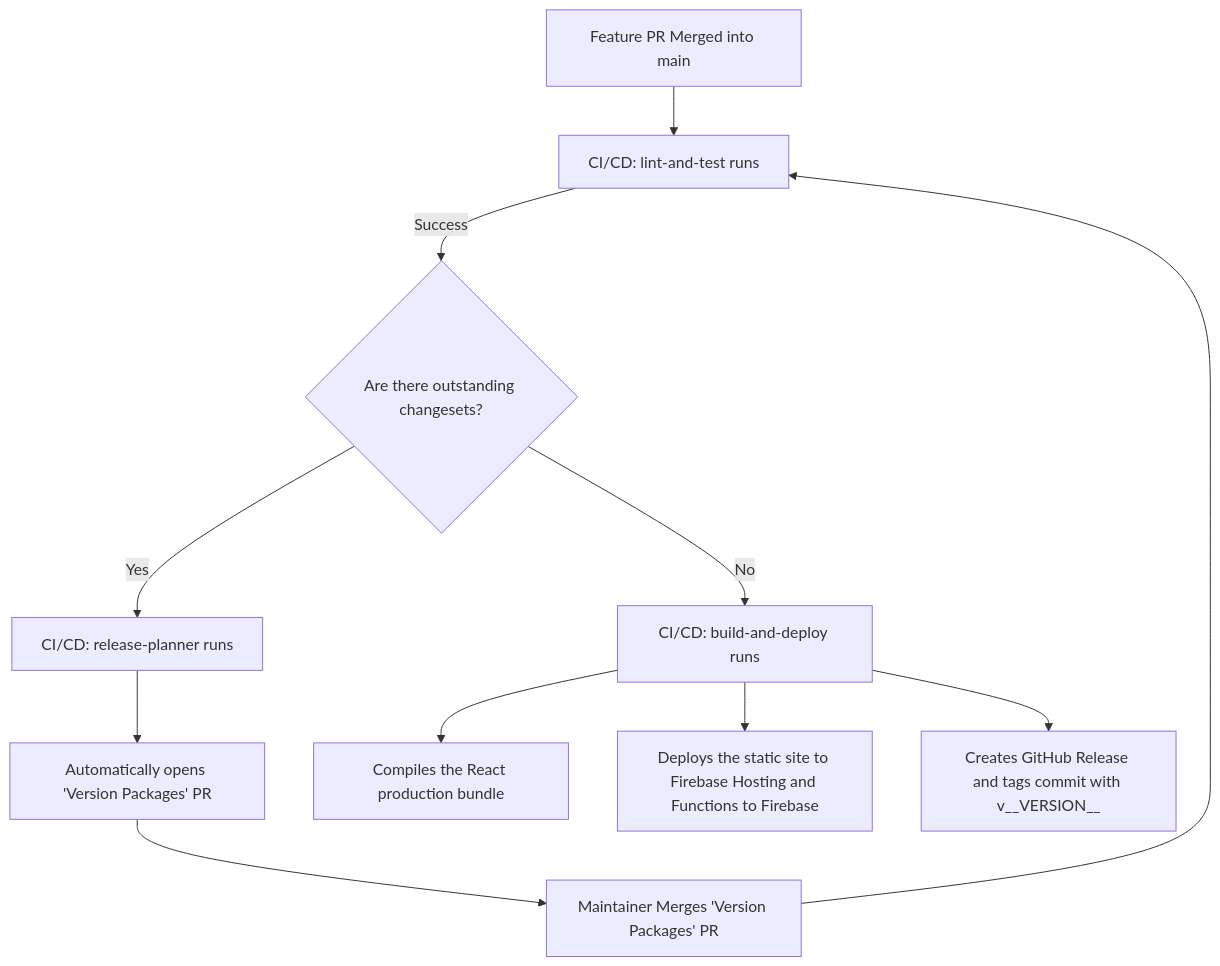
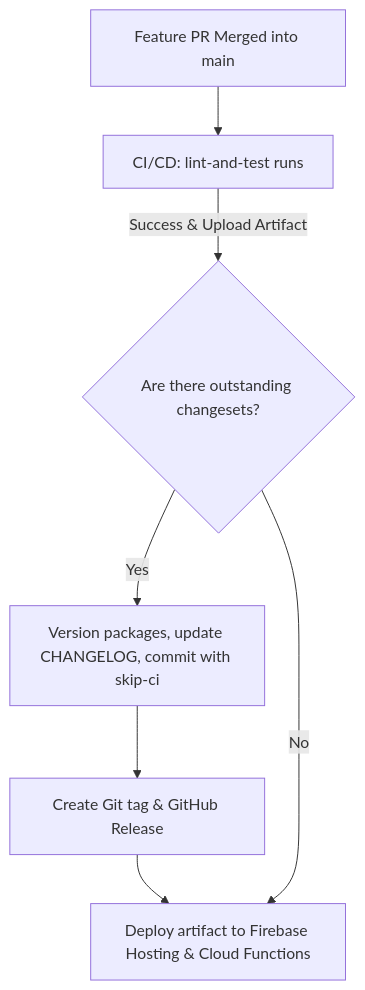
One commit to MiguelCiav/chil changed the diagram in docs/CONTRIBUTING.md. Above: the diagram before and after it, drawn with Mermaid. The commit also changed other lines of this file and 2 other files, not shown here.

Commit message:
ci: optimize pipeline for direct automated releases and artifact sharing (#38)

````diff
--- a/docs/CONTRIBUTING.md
+++ b/docs/CONTRIBUTING.md
@@ -84,13 +84,9 @@
 ```mermaid
 graph TD
     A[Feature PR Merged into main] --> B[CI/CD: lint-and-test runs]
-    B -->|Success| C{Are there outstanding changesets?}
-    C -->|Yes| D[CI/CD: release-planner runs]
-    D --> E[Automatically opens 'Version Packages' PR]
-    E --> F[Maintainer Merges 'Version Packages' PR]
-    F --> B
-    C -->|No| G[CI/CD: build-and-deploy runs]
-    G --> H[Compiles the React production bundle]
-    G --> I[Deploys the static site to Firebase Hosting and Functions to Firebase]
-    G --> J[Creates GitHub Release and tags commit with v__VERSION__]
+    B -->|Success & Upload Artifact| C{Are there outstanding changesets?}
+    C -->|Yes| D[Version packages, update CHANGELOG, commit with skip-ci]
+    D --> E[Create Git tag & GitHub Release]
+    E --> F[Deploy artifact to Firebase Hosting & Cloud Functions]
+    C -->|No| F
 ```
````
